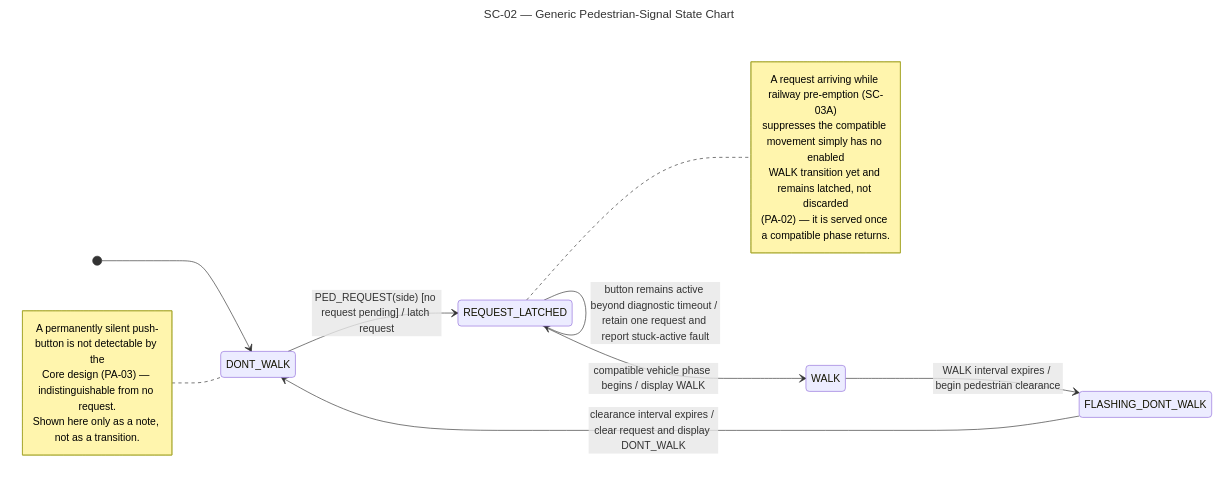
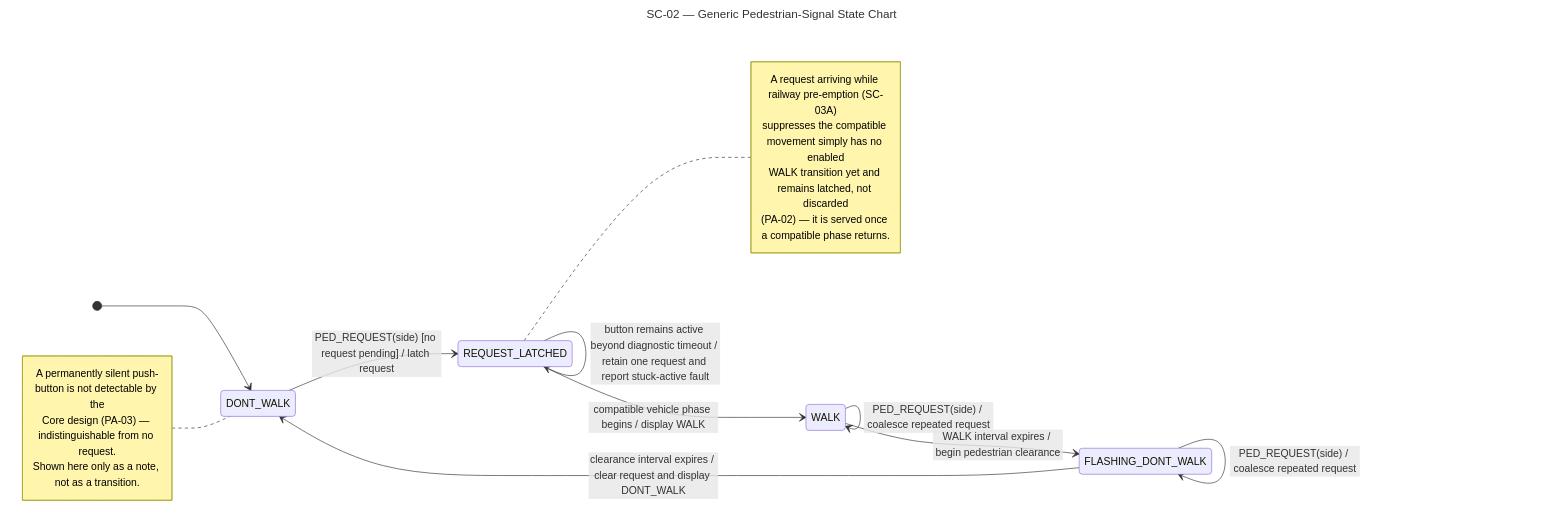
The fourth of 9 diagrams in STATE_CHARTS.md (lucietran03/traffic-control-system), drawn with Mermaid before and after one commit. The commit also changed other lines of this file and 1 other file, not shown here.

````diff
--- a/STATE_CHARTS.md
+++ b/STATE_CHARTS.md
@@ -120,29 +119,31 @@
 ```mermaid
 ---
 title: SC-02 — Generic Pedestrian-Signal State Chart
 ---
 stateDiagram-v2
     accTitle: SC-02 Generic Pedestrian-Signal State Chart
     accDescr: Request latching and signal sequence for one pedestrian crossing side at an intersection controlled by L1 to L6.
     direction LR
     [*] --> DONT_WALK
     DONT_WALK --> REQUEST_LATCHED : PED_REQUEST(side) [no request pending] / latch request
     REQUEST_LATCHED --> REQUEST_LATCHED : PED_REQUEST(side) [request already pending] / coalesce request
     REQUEST_LATCHED --> REQUEST_LATCHED : button remains active beyond diagnostic timeout / retain one request and report stuck-active fault
     REQUEST_LATCHED --> WALK : compatible vehicle phase begins / display WALK
+    WALK --> WALK : PED_REQUEST(side) / coalesce repeated request
     WALK --> FLASHING_DONT_WALK : WALK interval expires / begin pedestrian clearance
+    FLASHING_DONT_WALK --> FLASHING_DONT_WALK : PED_REQUEST(side) / coalesce repeated request
     FLASHING_DONT_WALK --> DONT_WALK : clearance interval expires / clear request and display DONT_WALK
 
     note right of REQUEST_LATCHED
         A request arriving while railway pre-emption (SC-03A)
         suppresses the compatible movement simply has no enabled
         WALK transition yet and remains latched, not discarded
         (PA-02) — it is served once a compatible phase returns.
     end note
 
     note left of DONT_WALK
         A permanently silent push-button is not detectable by the
         Core design (PA-03) — indistinguishable from no request.
         Shown here only as a note, not as a transition.
     end note
 ```
````
